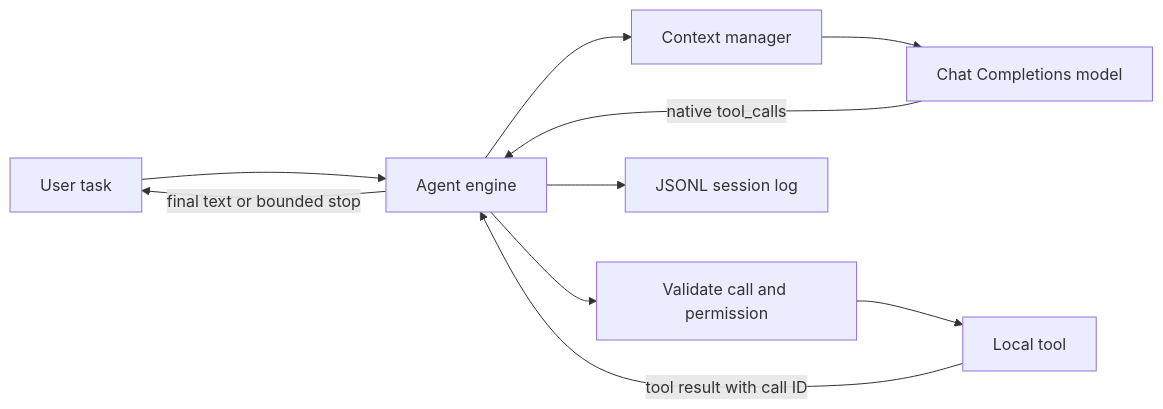
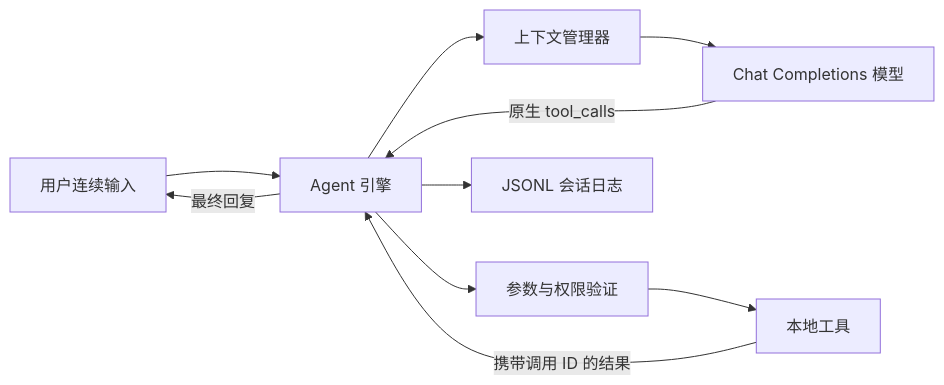
Before and after one commit to ChanHsing1972/local-loop: the diagram in README.md, drawn with Mermaid. The commit also changed other lines of this file and 11 other files, not shown here.

````diff
--- a/README.md
+++ b/README.md
@@ -9,12 +7,12 @@
 ```mermaid
 flowchart LR
-    U[User task] --> A[Agent engine]
-    A --> C[Context manager]
-    C --> M[Chat Completions model]
-    M -->|native tool_calls| A
-    A --> V[Validate call and permission]
-    V --> T[Local tool]
-    T -->|tool result with call ID| A
-    A -->|final text or bounded stop| U
-    A --> S[JSONL session log]
+    U[用户连续输入] --> A[Agent 引擎]
+    A --> C[上下文管理器]
+    C --> M[Chat Completions 模型]
+    M -->|原生 tool_calls| A
+    A --> V[参数与权限验证]
+    V --> T[本地工具]
+    T -->|携带调用 ID 的结果| A
+    A -->|最终回复| U
+    A --> S[JSONL 会话日志]
 ```
````
